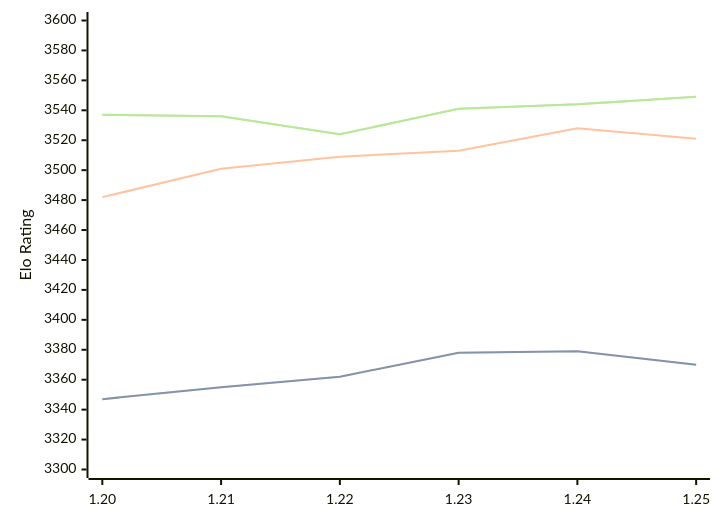
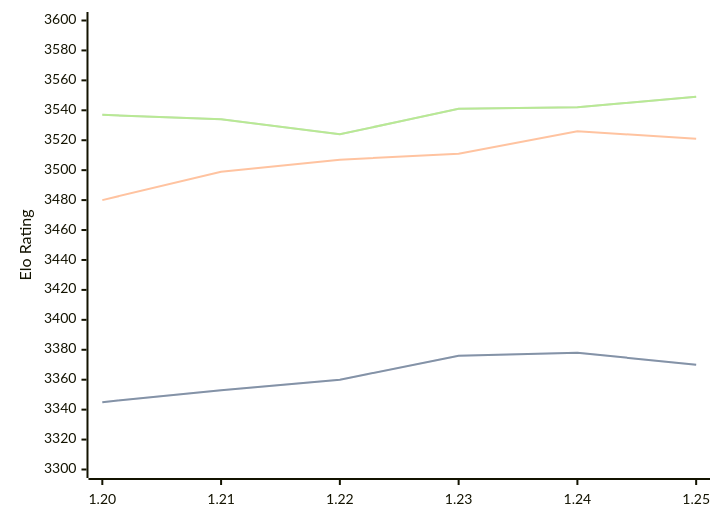
The diagram in engines/Caissa.md (computer-chess-index/cci), drawn with Mermaid before and after one commit. The commit also changed other lines of this file, not shown here.

Commit message:
Update CCI Ratings (ELO VLTC) - 2026-08-11

````diff
--- a/engines/Caissa.md
+++ b/engines/Caissa.md
@@ -37,11 +37,11 @@
 ```mermaid
 %%{init: {"theme":"base","themeVariables":{"seriesColors:['#a3a3a3','#222221','#faa371']}}}%%
 xychart-beta
   x-axis ["1.20", "1.21", "1.22", "1.23", "1.24", "1.25"]
   y-axis "Elo Rating" 3300 --> 3600
-  line "STC (8.0+0.08s)" [3347, 3355, 3362, 3378, 3379, 3370]
-  line "STC (8.0+0.08s)" [3347, 3355, 3362, 3378, 3379, 3370]
-  line "LTC (60.0+0.60s)" [3482, 3501, 3509, 3513, 3528, 3521]
-  line "VLTC (2m24s+1.12s)" [3537, 3536, 3524, 3541, 3544, 3549]
-  line "VLTC (2m24s+1.12s)" [3537, 3536, 3524, 3541, 3544, 3549]
+  line "STC (8.0+0.08s)" [3345, 3353, 3360, 3376, 3378, 3370]
+  line "STC (8.0+0.08s)" [3345, 3353, 3360, 3376, 3378, 3370]
+  line "LTC (60.0+0.60s)" [3480, 3499, 3507, 3511, 3526, 3521]
+  line "VLTC (2m24s+1.12s)" [3537, 3534, 3524, 3541, 3542, 3549]
+  line "VLTC (2m24s+1.12s)" [3537, 3534, 3524, 3541, 3542, 3549]
 ```
````
